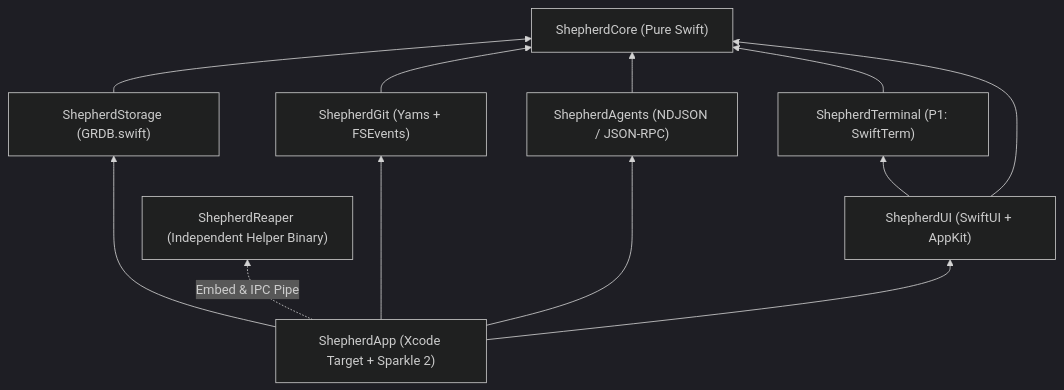
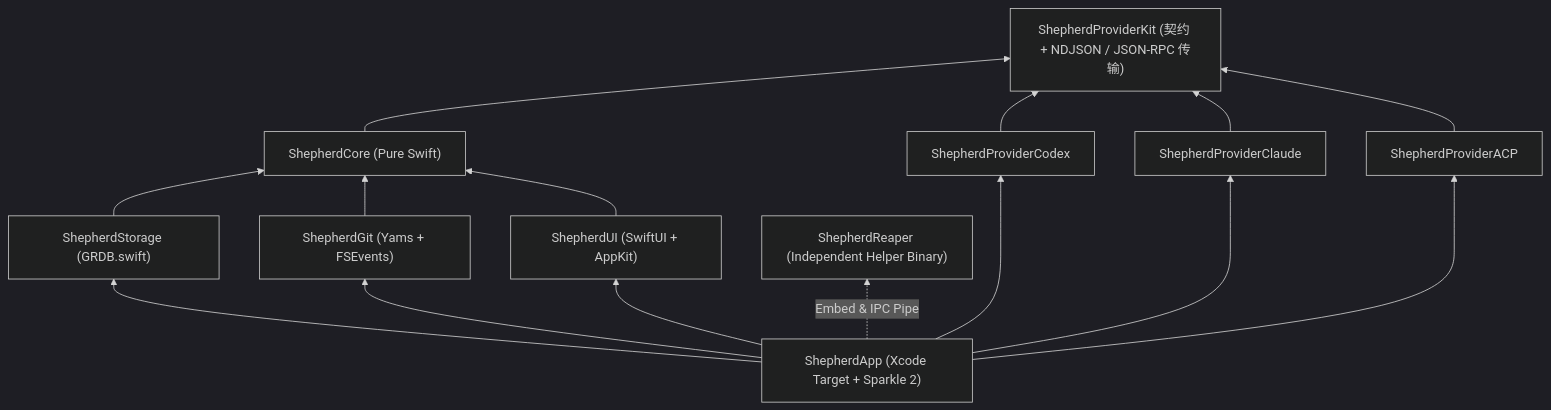
Before and after one commit to julytang/Shepherd: the first of 2 diagrams in docs/04-roadmap-and-engineering.md, drawn with Mermaid (dark theme). The commit also changed other lines of this file and 5 other files, not shown here.

First line of the commit message:
docs: 修订 v3 — Claude 接入定稿、provider 分层、移除终端抽屉与排期

````diff
--- a/docs/04-roadmap-and-engineering.md
+++ b/docs/04-roadmap-and-engineering.md
@@ -127,23 +129,28 @@
 ```mermaid
 flowchart BT
+    Kit["ShepherdProviderKit (契约 + NDJSON / JSON-RPC 传输)"]
     Core["ShepherdCore (Pure Swift)"]
     Storage["ShepherdStorage (GRDB.swift)"]
     Git["ShepherdGit (Yams + FSEvents)"]
-    Agents["ShepherdAgents (NDJSON / JSON-RPC)"]
-    Terminal["ShepherdTerminal (P1: SwiftTerm)"]
+    PCodex["ShepherdProviderCodex"]
+    PClaude["ShepherdProviderClaude"]
+    PACP["ShepherdProviderACP"]
     UI["ShepherdUI (SwiftUI + AppKit)"]
     App["ShepherdApp (Xcode Target + Sparkle 2)"]
     Reaper["ShepherdReaper (Independent Helper Binary)"]
 
+    Core --> Kit
+    PCodex --> Kit
+    PClaude --> Kit
+    PACP --> Kit
     Storage --> Core
     Git --> Core
-    Agents --> Core
-    Terminal --> Core
     UI --> Core
-    UI --> Terminal
     App --> UI
-    App --> Agents
+    App --> PCodex
+    App --> PClaude
+    App --> PACP
     App --> Git
     App --> Storage
     App -.->|"Embed & IPC Pipe"| Reaper
 ```
````
